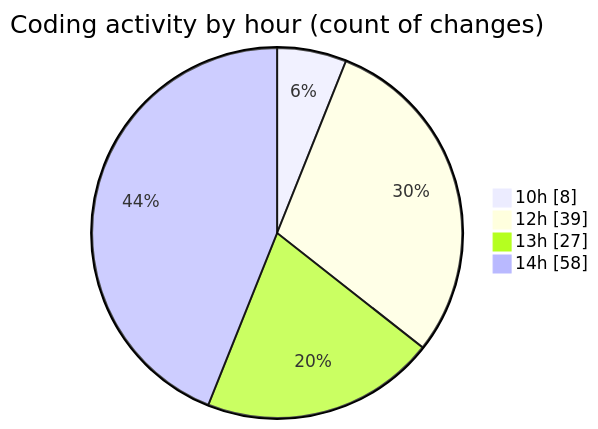
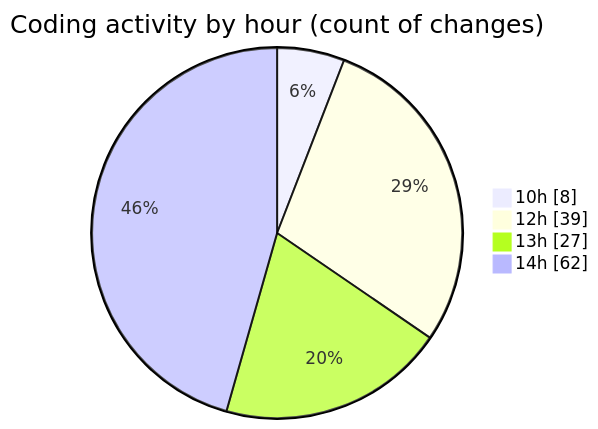
The second of 2 diagrams in 2025-05-02/cda/README.md (momahboobian/code-tracking), drawn with Mermaid before and after one commit. The commit also changed other lines of this file and 1 other file, not shown here.

````diff
--- a/2025-05-02/cda/README.md
+++ b/2025-05-02/cda/README.md
@@ -44,8 +44,8 @@
 ```mermaid
 pie showData
 title Coding activity by hour (count of changes)
 "10h" : 8
 "12h" : 39
 "13h" : 27
-"14h" : 58
+"14h" : 62
 ```
````
